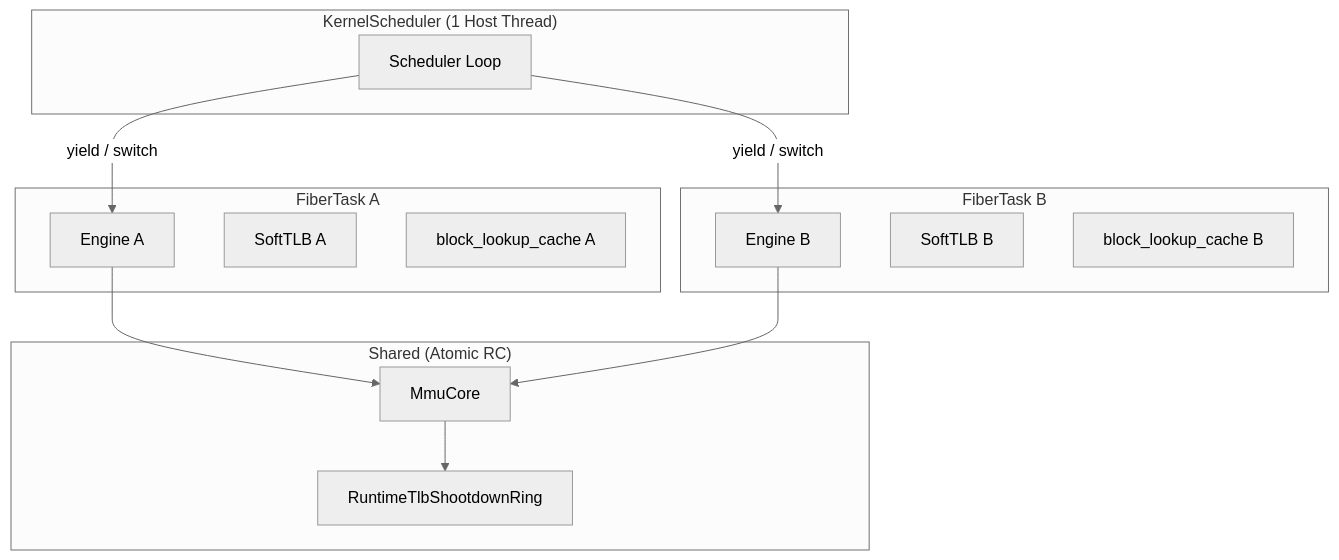
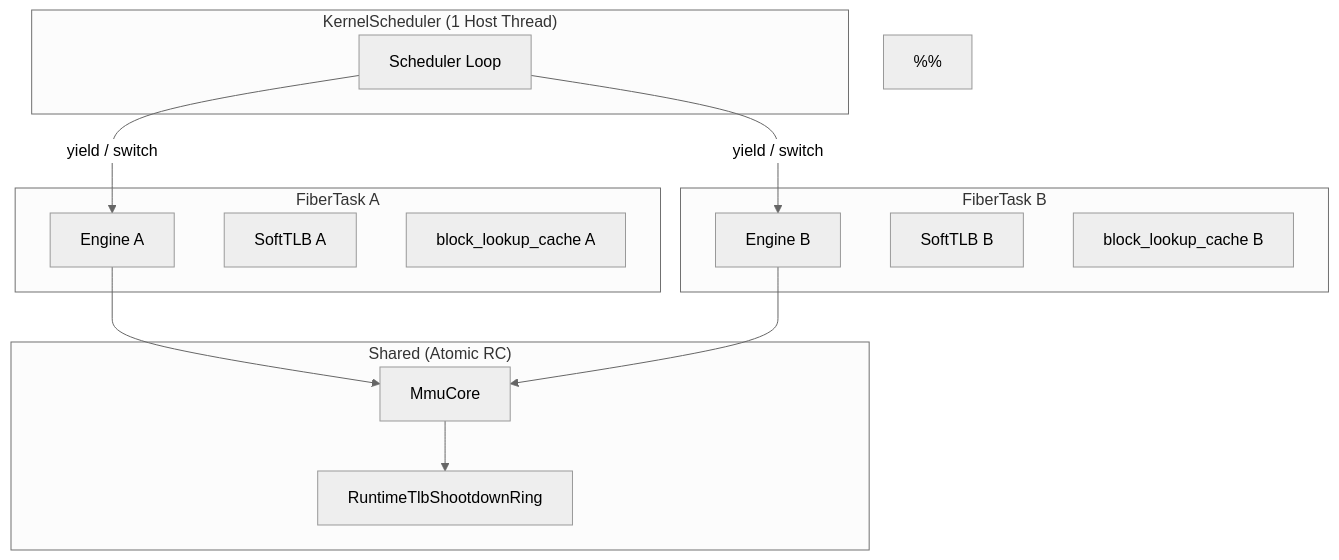
Before and after one commit to meokit/meokit.github.io: the seventh of 7 diagrams in src/data/blog/podish-technique-report.md, drawn with Mermaid (neutral theme). The commit also changed other lines of this file and 4 other files, not shown here.

First line of the commit message:
feat(build): replace rehype-mermaid with astro-mermaid and update Mermaid diagrams

````diff
--- a/src/data/blog/podish-technique-report.md
+++ b/src/data/blog/podish-technique-report.md
@@ -512,29 +528,30 @@
 ```mermaid
 flowchart TB
     subgraph Scheduler["KernelScheduler (1 Host Thread)"]
         S["Scheduler Loop"]
     end
 
     subgraph TaskA["FiberTask A"]
         A1["Engine A"]
         A2["SoftTLB A"]
         A3["block_lookup_cache A"]
     end
 
     subgraph TaskB["FiberTask B"]
         B1["Engine B"]
         B2["SoftTLB B"]
         B3["block_lookup_cache B"]
     end
 
     subgraph Shared["Shared (Atomic RC)"]
         M["MmuCore"]
         R["RuntimeTlbShootdownRing"]
     end
 
     S -->|"yield / switch"| A1
     S -->|"yield / switch"| B1
     A1 --> M
     B1 --> M
     M --> R
+%%
 ```
````
